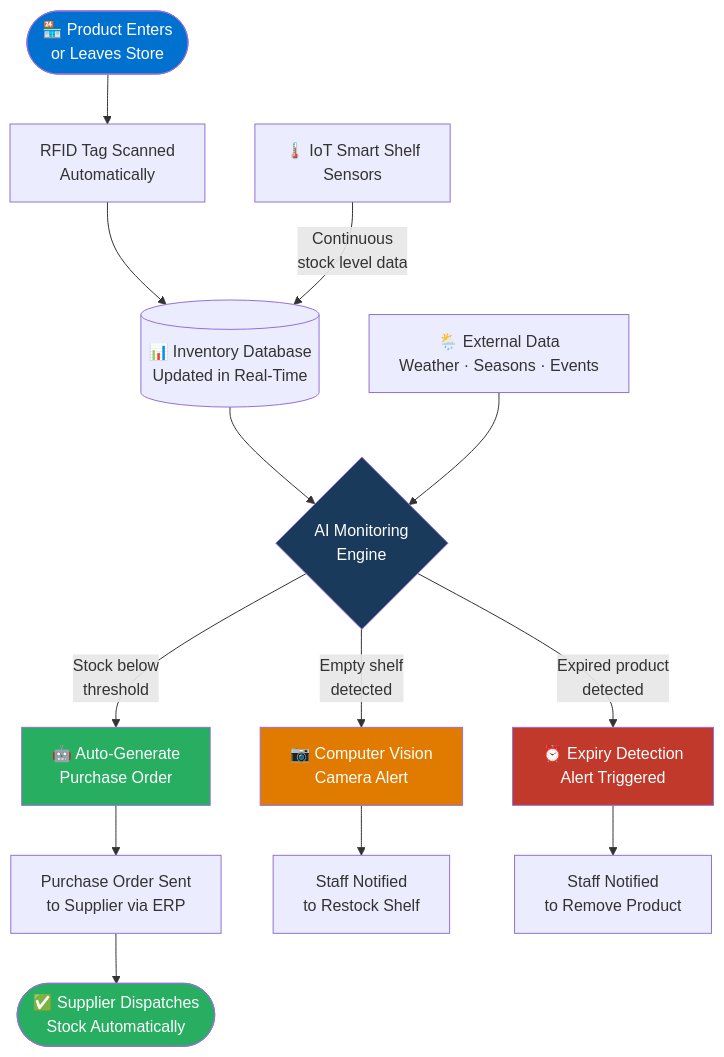
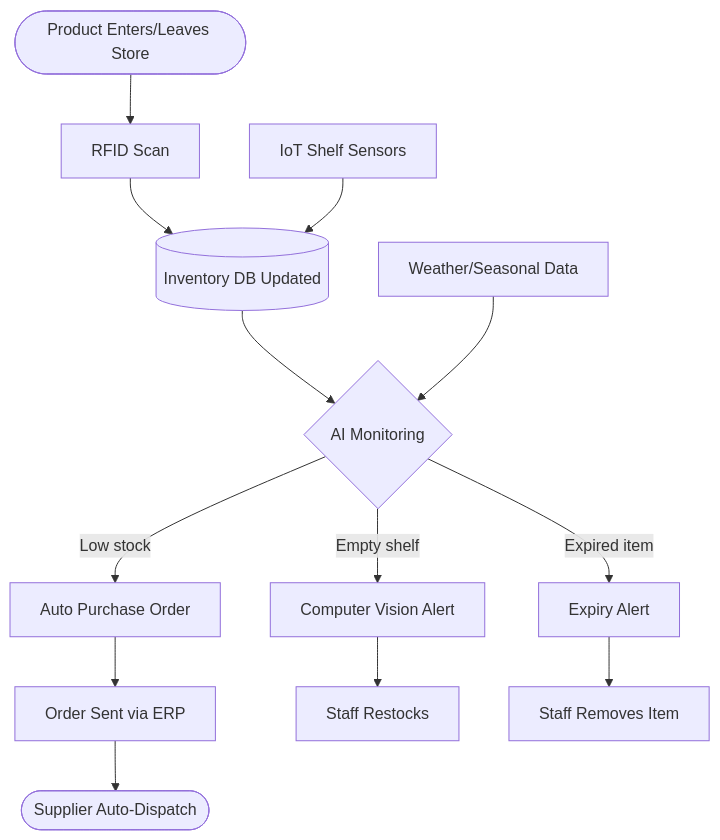
Before and after one commit to raibatroyc-prog/Redefining-Retail: the diagram in README.md, drawn with Mermaid. The commit also changed other lines of this file, not shown here.

````diff
--- a/README.md
+++ b/README.md
@@ -442,26 +41,15 @@
 ```mermaid
 flowchart TD
-    A([🏪 Product Enters\nor Leaves Store]) --> B[RFID Tag Scanned\nAutomatically]
-    B --> C[(📊 Inventory Database\nUpdated in Real-Time)]
-    C --> D{AI Monitoring\nEngine}
-
-    D -->|Stock below\nthreshold| E[🤖 Auto-Generate\nPurchase Order]
-    D -->|Empty shelf\ndetected| F[📷 Computer Vision\nCamera Alert]
-    D -->|Expired product\ndetected| G[⏰ Expiry Detection\nAlert Triggered]
-
-    E --> H[Purchase Order Sent\nto Supplier via ERP]
-    F --> I[Staff Notified\nto Restock Shelf]
-    G --> J[Staff Notified\nto Remove Product]
-
-    K[🌡️ IoT Smart Shelf\nSensors] -->|Continuous\nstock level data| C
-    L[🌦️ External Data\nWeather · Seasons · Events] --> D
-
-    H --> M([✅ Supplier Dispatches\nStock Automatically])
-
-    style A fill:#0071ce,color:#fff
-    style M fill:#27ae60,color:#fff
-    style D fill:#1a3a5c,color:#fff
-    style E fill:#27ae60,color:#fff
-    style F fill:#e07b00,color:#fff
-    style G fill:#c0392b,color:#fff
+    A([Product Enters/Leaves Store]) --> B[RFID Scan]
+    B --> C[(Inventory DB Updated)]
+    C --> D{AI Monitoring}
+    D -->|Low stock| E[Auto Purchase Order]
+    D -->|Empty shelf| F[Computer Vision Alert]
+    D -->|Expired item| G[Expiry Alert]
+    E --> H[Order Sent via ERP]
+    F --> I[Staff Restocks]
+    G --> J[Staff Removes Item]
+    K[IoT Shelf Sensors] --> C
+    L[Weather/Seasonal Data] --> D
+    H --> M([Supplier Auto-Dispatch])
 ```
````
